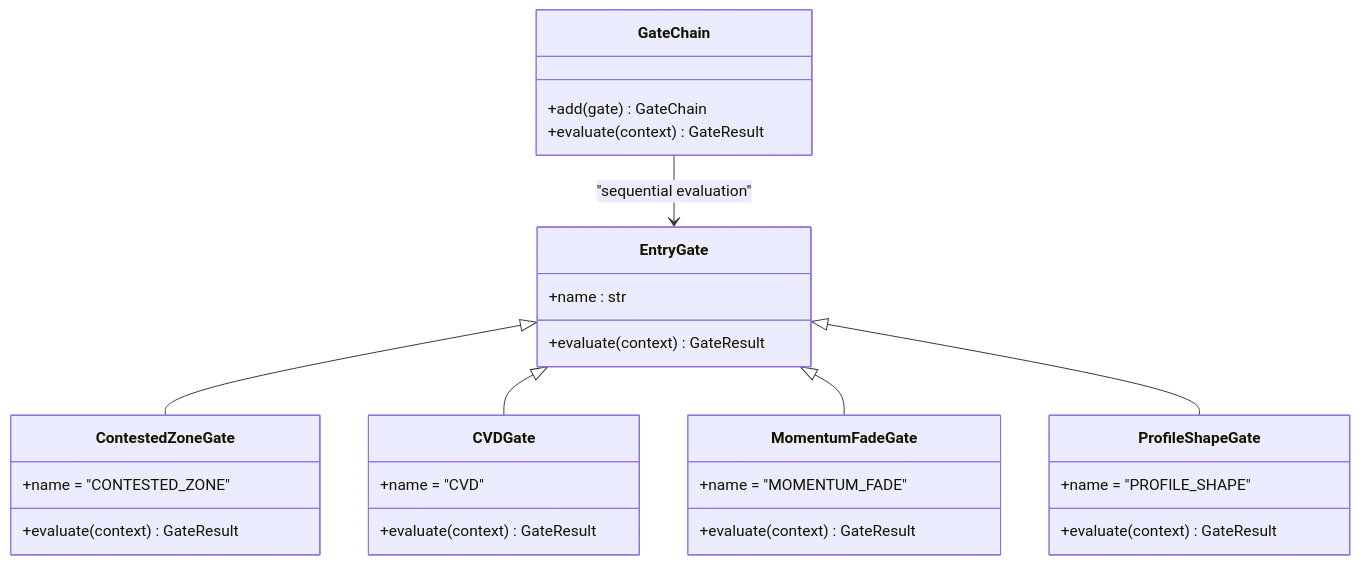
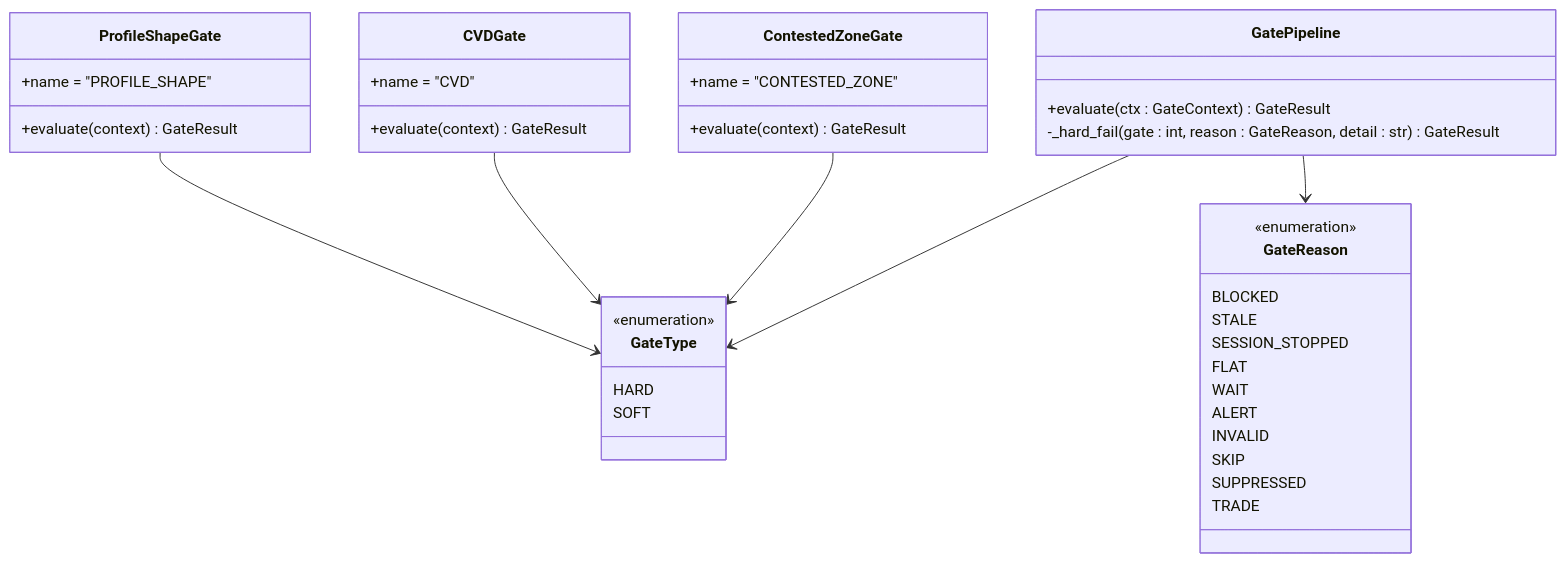
One commit to gemrajkhatry-maker/v5-of-glassytrade-ai changed the third of 5 diagrams in .qoder/repowiki/en/content/Backend Application/Application Handlers/Gate Pipeline.md. Above: the diagram before and after it, drawn with Mermaid. The commit also changed other lines of this file and 930 other files, not shown here.

````diff
--- a/.qoder/repowiki/en/content/Backend Application/Application Handlers/Gate Pipeline.md
+++ b/.qoder/repowiki/en/content/Backend Application/Application Handlers/Gate Pipeline.md
@@ -229,32 +234,42 @@
 ```mermaid
 classDiagram
-class EntryGate {
-+name : str
-+evaluate(context) GateResult
+class GateType {
+<<enumeration>>
+HARD
+SOFT
+}
+class GateReason {
+<<enumeration>>
+BLOCKED
+STALE
+SESSION_STOPPED
+FLAT
+WAIT
+ALERT
+INVALID
+SKIP
+SUPPRESSED
+TRADE
+}
+class GatePipeline {
++evaluate(ctx : GateContext) GateResult
+-_hard_fail(gate : int, reason : GateReason, detail : str) GateResult
 }
 class ContestedZoneGate {
 +name = "CONTESTED_ZONE"
 +evaluate(context) GateResult
 }
 class CVDGate {
 +name = "CVD"
 +evaluate(context) GateResult
 }
-class MomentumFadeGate {
-+name = "MOMENTUM_FADE"
-+evaluate(context) GateResult
-}
 class ProfileShapeGate {
 +name = "PROFILE_SHAPE"
 +evaluate(context) GateResult
 }
-class GateChain {
-+add(gate) GateChain
-+evaluate(context) GateResult
-}
-EntryGate <|-- ContestedZoneGate
-EntryGate <|-- CVDGate
-EntryGate <|-- MomentumFadeGate
-EntryGate <|-- ProfileShapeGate
-GateChain --> EntryGate : "sequential evaluation"
+GatePipeline --> GateType
+GatePipeline --> GateReason
+ContestedZoneGate --> GateType
+CVDGate --> GateType
+ProfileShapeGate --> GateType
 ```
````
